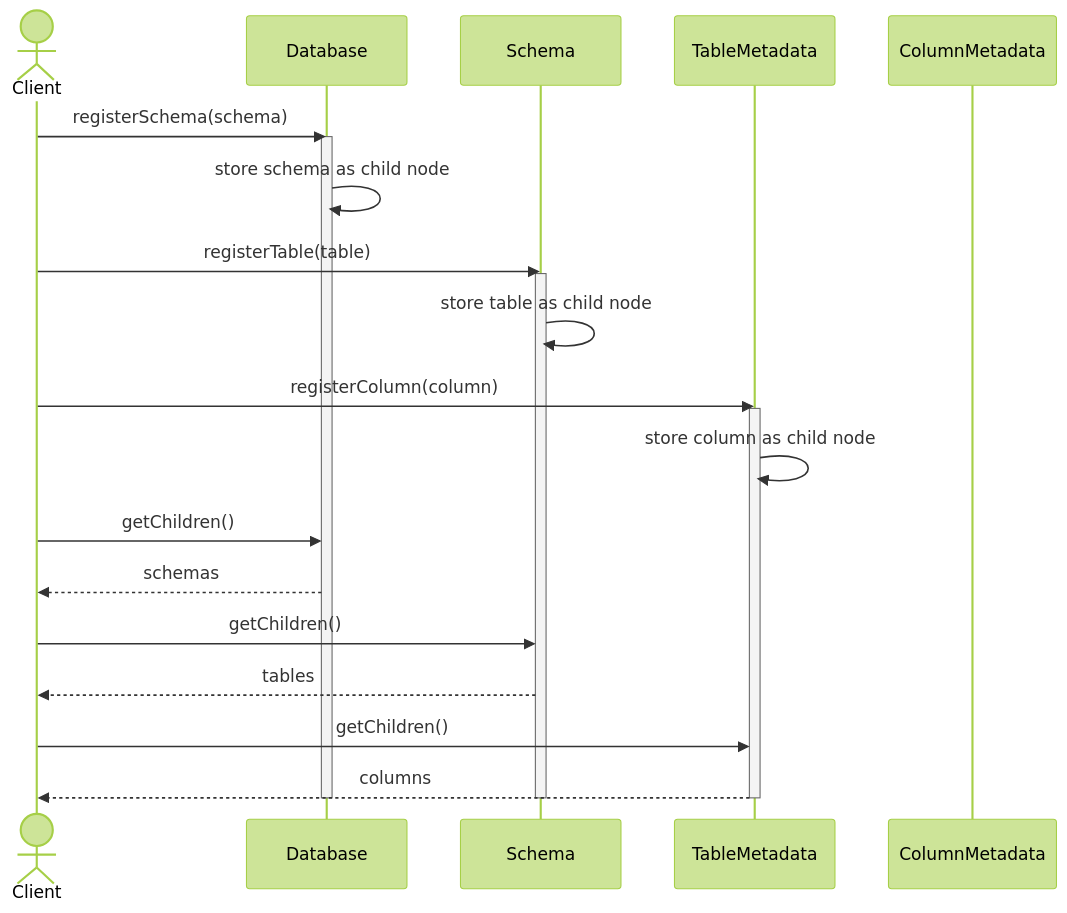
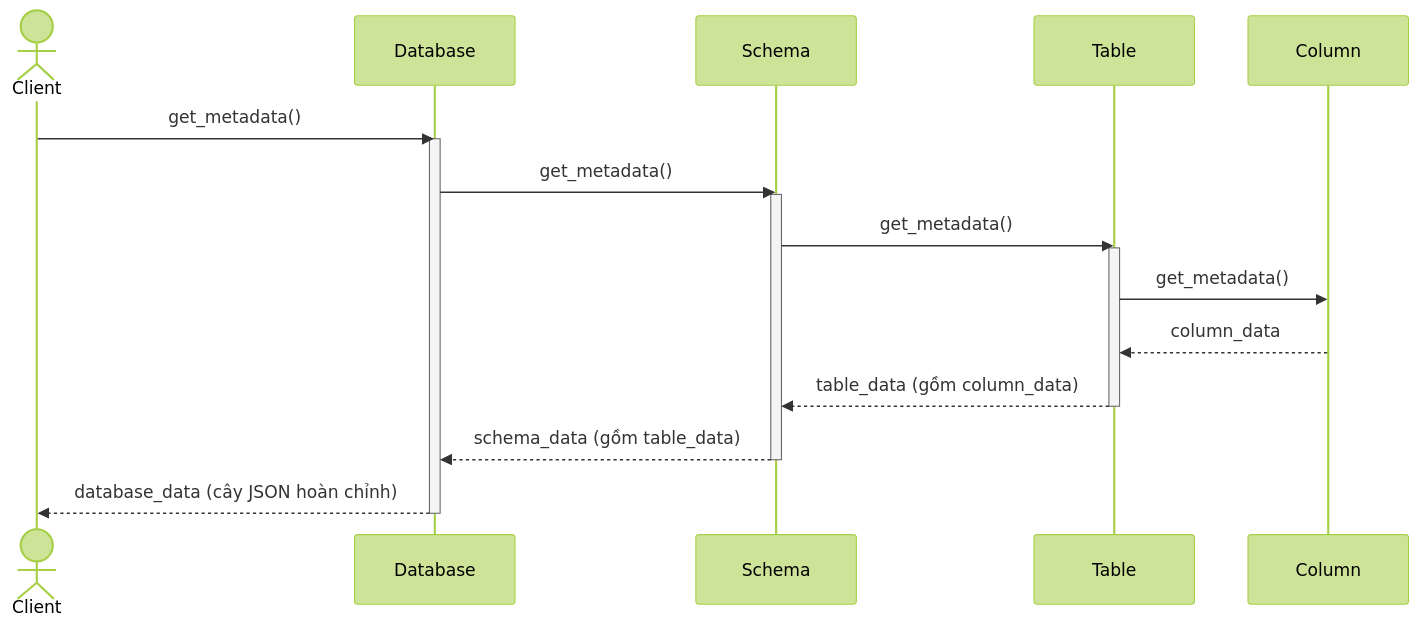
Before and after one commit to TamBui1706/DBMS: the second of 16 diagrams in DPSuggest.md, drawn with Mermaid (forest theme). The commit also changed other lines of this file, not shown here.

````diff
--- a/DPSuggest.md
+++ b/DPSuggest.md
@@ -58,33 +83,29 @@
 ```mermaid
 sequenceDiagram
     actor Client
-    participant Database as Database
-    participant Schema as Schema
-    participant Table as TableMetadata
-    participant Column as ColumnMetadata
+    participant DB as Database
+    participant Sch as Schema
+    participant Tbl as Table
+    participant Col as Column
 
-    Client->>Database: registerSchema(schema)
-    activate Database
-    Database->>Database: store schema as child node
+    Client->>DB: get_metadata()
+    activate DB
     
-    Client->>Schema: registerTable(table)
-    activate Schema
-    Schema->>Schema: store table as child node
+    DB->>Sch: get_metadata()
+    activate Sch
     
-    Client->>Table: registerColumn(column)
-    activate Table
-    Table->>Table: store column as child node
+    Sch->>Tbl: get_metadata()
+    activate Tbl
     
-    Client->>Database: getChildren()
-    Database-->>Client: schemas
+    Tbl->>Col: get_metadata()
+    Col-->>Tbl: column_data
     
-    Client->>Schema: getChildren()
-    Schema-->>Client: tables
+    Tbl-->>Sch: table_data (gồm column_data)
+    deactivate Tbl
     
-    Client->>Table: getChildren()
-    Table-->>Client: columns
+    Sch-->>DB: schema_data (gồm table_data)
+    deactivate Sch
     
-    deactivate Database
-    deactivate Schema
-    deactivate Table
+    DB-->>Client: database_data (cây JSON hoàn chỉnh)
+    deactivate DB
 ```
````
